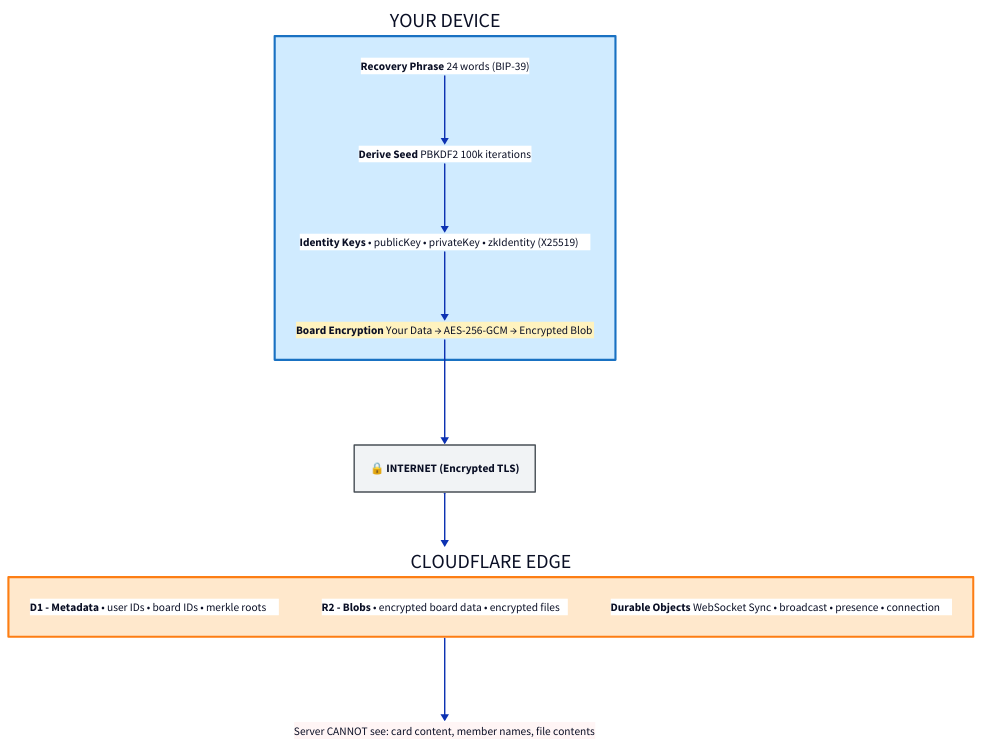
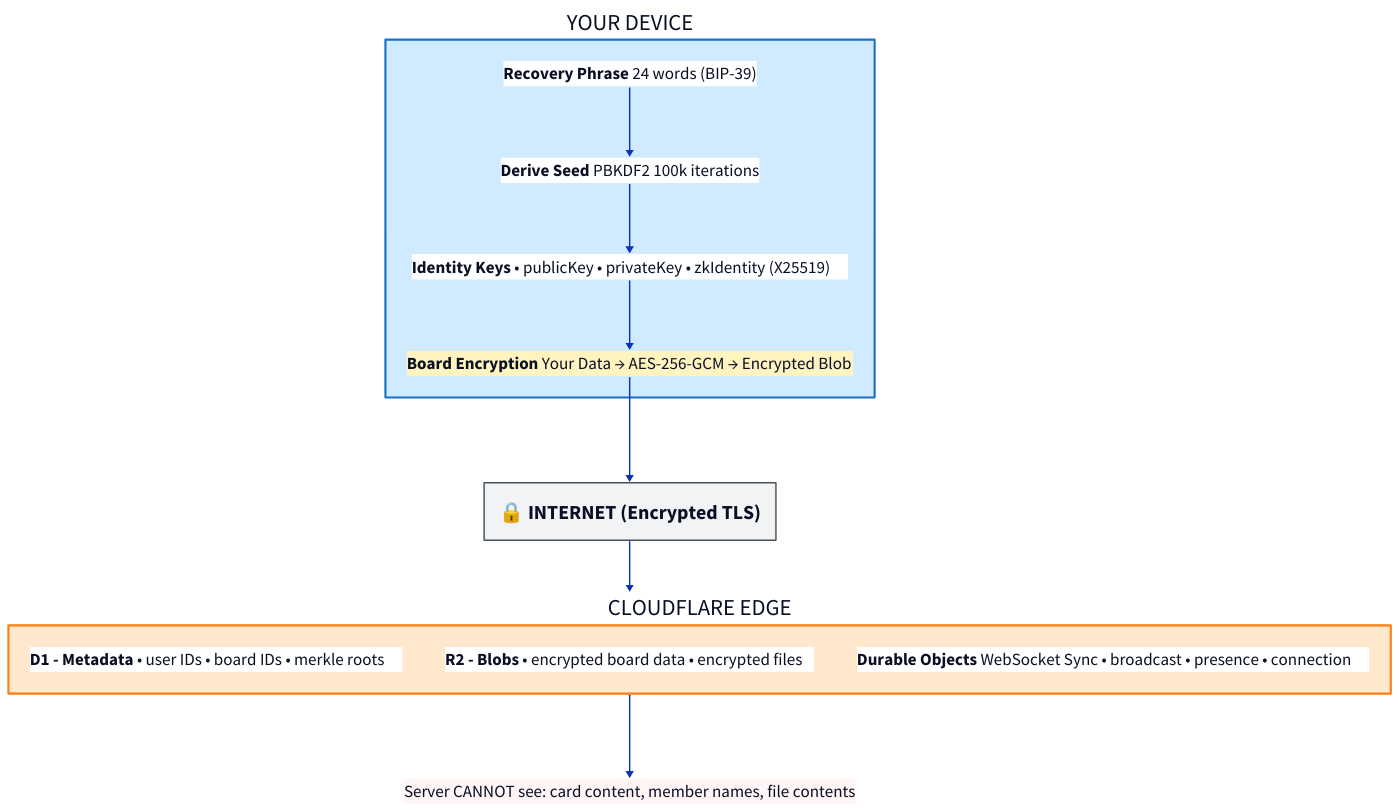
The diagram in docs/images/security-model.d2 (h4x0r/chatham), drawn with D2 before and after one commit. The commit also changed 3 other files, not shown here.

First line of the commit message:
fix: increase D2 diagram font sizes for better readability

```diff
--- a/docs/images/security-model.d2
+++ b/docs/images/security-model.d2
@@ -1,118 +1,129 @@
 direction: down
 
 device: YOUR DEVICE {
   style.fill: "#d0ebff"
   style.stroke: "#1971c2"
   style.stroke-width: 3
+  style.font-size: 32
 
   recovery: "🔑 Recovery Phrase" {
     shape: rectangle
     style.fill: "#ffffff"
+    style.font-size: 24
 
     label: |md
       **Recovery Phrase**
       24 words (BIP-39)
     |
   }
 
   seed: "🔄 Derive Seed" {
     shape: rectangle
     style.fill: "#ffffff"
+    style.font-size: 24
 
     label: |md
       **Derive Seed**
       PBKDF2
       100k iterations
     |
   }
 
   keys: "🔐 Identity Keys" {
     shape: rectangle
     style.fill: "#ffffff"
+    style.font-size: 24
 
     label: |md
       **Identity Keys**
       • publicKey
       • privateKey
       • zkIdentity (X25519)
     |
   }
 
   encryption: "🔒 Board Encryption" {
     shape: rectangle
     style.fill: "#fff3bf"
+    style.font-size: 24
 
     label: |md
       **Board Encryption**
       Your Data → AES-256-GCM → Encrypted Blob
     |
   }
 
   recovery -> seed -> keys
   keys -> encryption
 }
 
 internet: "🔒 INTERNET (Encrypted TLS)" {
   shape: rectangle
   style.fill: "#f1f3f5"
   style.stroke: "#495057"
   style.stroke-width: 2
+  style.font-size: 28
 }
 
 cloud: CLOUDFLARE EDGE {
   style.fill: "#ffe8cc"
   style.stroke: "#fd7e14"
   style.stroke-width: 3
+  style.font-size: 32
 
   d1: D1 - Metadata {
     shape: rectangle
     style.fill: "#ffffff"
+    style.font-size: 24
 
     label: |md
       **D1 - Metadata**
       • user IDs
       • board IDs
       • merkle roots
     |
   }
 
   r2: R2 - Blobs {
     shape: rectangle
     style.fill: "#ffffff"
+    style.font-size: 24
 
     label: |md
       **R2 - Blobs**
       • encrypted board data
       • encrypted files
     |
   }
 
   do: Durable Objects {
     shape: rectangle
     style.fill: "#ffffff"
+    style.font-size: 24
 
     label: |md
       **Durable Objects**
       WebSocket Sync
       • broadcast
       • presence
       • connection
     |
   }
 }
 
 warning: "❌ Server CANNOT see" {
   shape: rectangle
   style.fill: "#fff5f5"
   style.stroke: "#c92a2a"
   style.stroke-width: 2
+  style.font-size: 24
 
   label: |md
     Server CANNOT see:
     card content, member names, file contents
   |
 }
 
 device.encryption -> internet: " "
 internet -> cloud: " "
 cloud -> warning: " "
```
